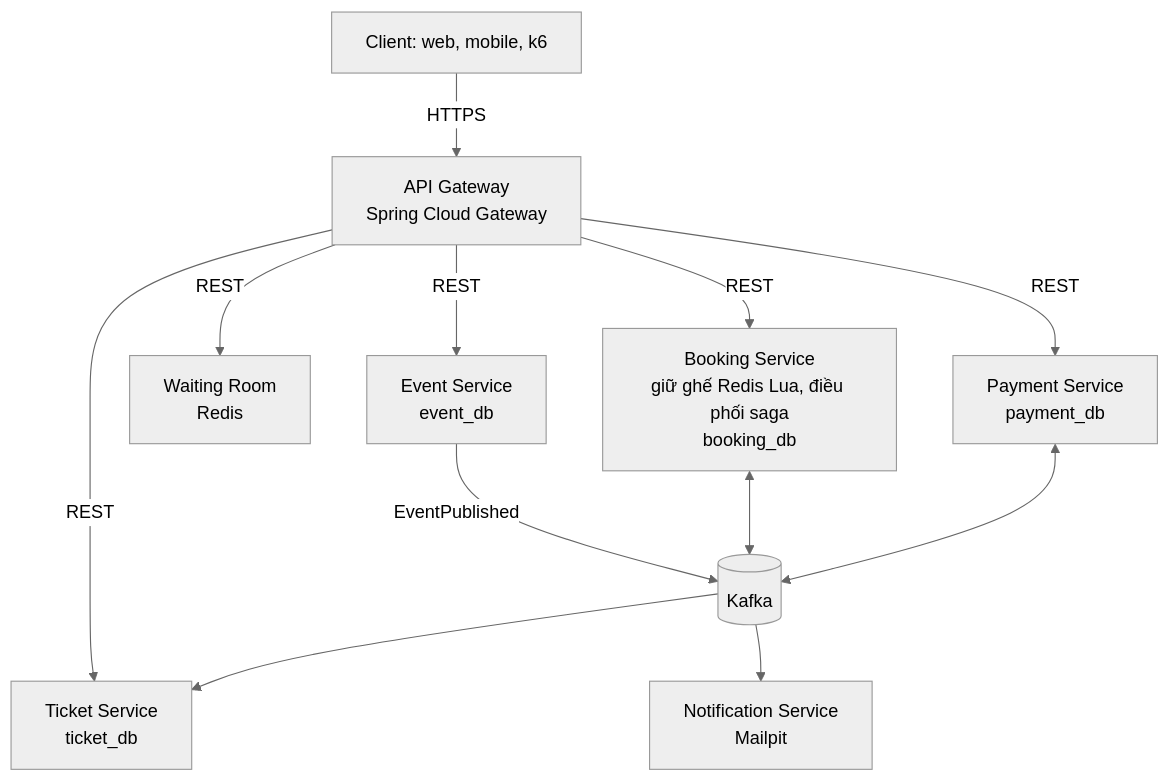
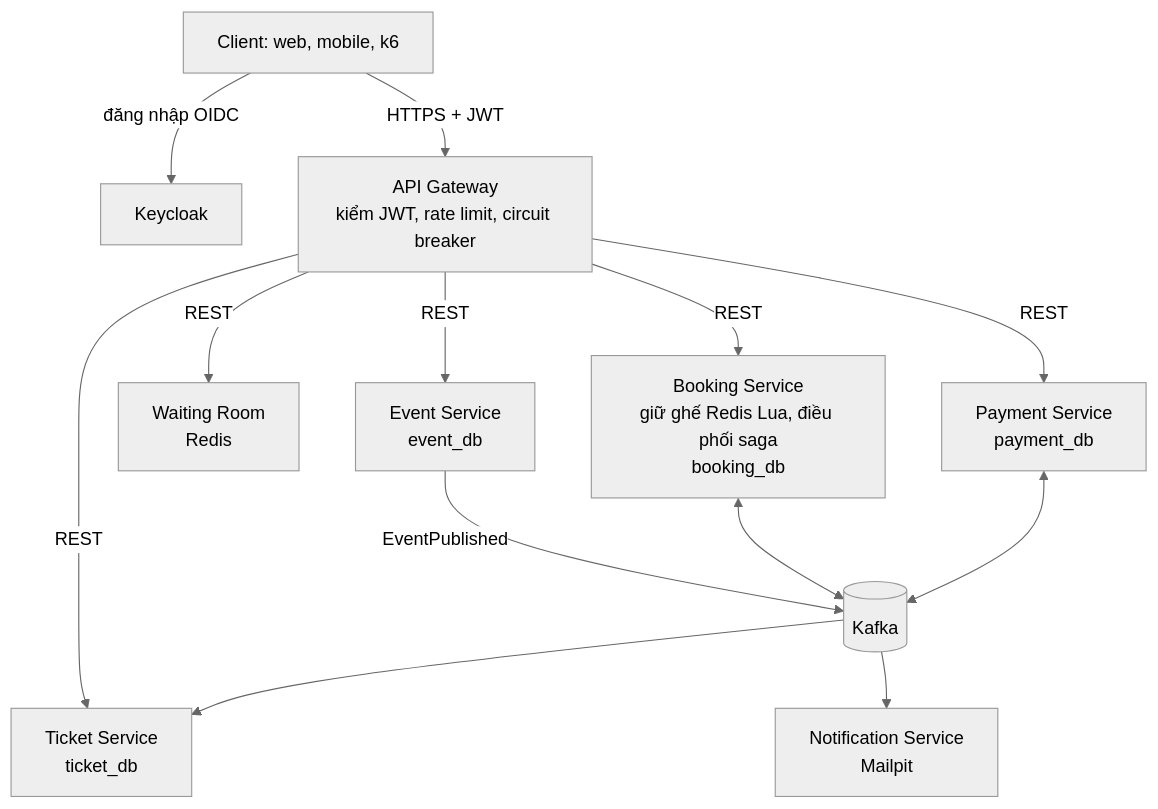
One commit to trinhhung-arch/ticket-rush changed the first of 2 diagrams in README.md. Above: the diagram before and after it, drawn with Mermaid (neutral theme). The commit also changed other lines of this file and 118 other files, not shown here.

````diff
--- a/README.md
+++ b/README.md
@@ -14,14 +15,15 @@
 ```mermaid
 flowchart TB
-    client[Client: web, mobile, k6] -->|HTTPS| gw[API Gateway<br/>Spring Cloud Gateway]
+    client[Client: web, mobile, k6] -->|đăng nhập OIDC| kc[Keycloak]
+    client -->|HTTPS + JWT| gw[API Gateway<br/>kiểm JWT, rate limit, circuit breaker]
     gw -->|REST| event[Event Service<br/>event_db]
     gw -->|REST| waiting[Waiting Room<br/>Redis]
     gw -->|REST| booking[Booking Service<br/>giữ ghế Redis Lua, điều phối saga<br/>booking_db]
     gw -->|REST| payment[Payment Service<br/>payment_db]
     gw -->|REST| ticket[Ticket Service<br/>ticket_db]
     event -- EventPublished --> kafka[(Kafka)]
     booking <--> kafka
     payment <--> kafka
     kafka --> ticket
     kafka --> notification[Notification Service<br/>Mailpit]
 ```
````
